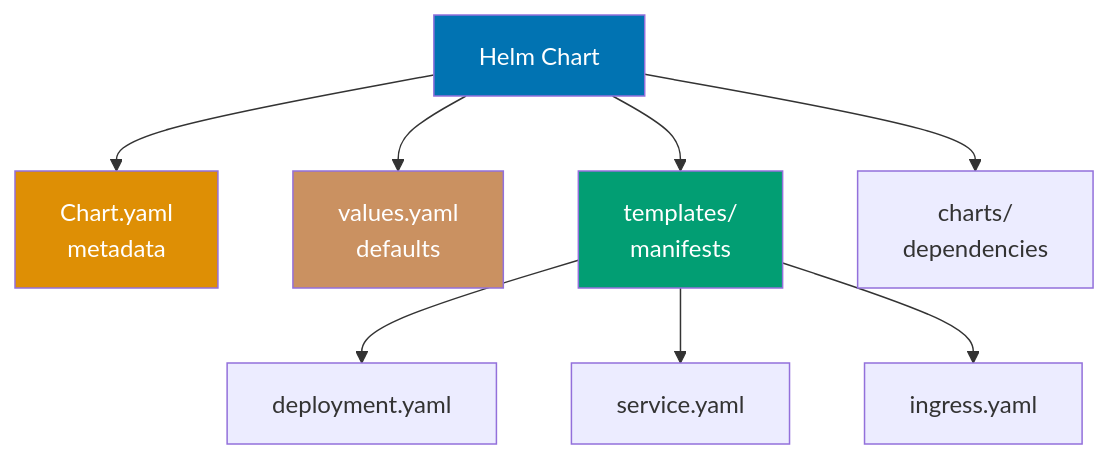
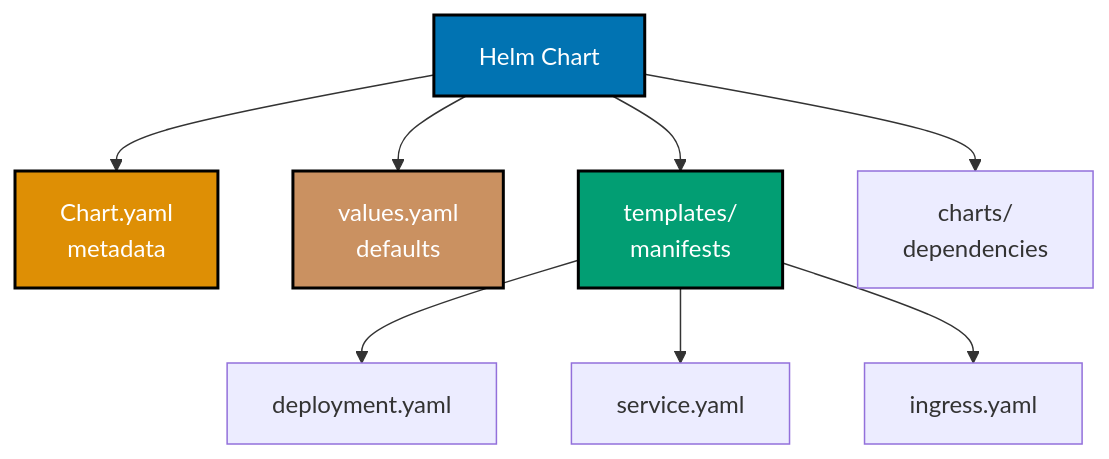
The eighth of 14 diagrams in apps/ayokoding-web/content/en/learn/software-engineering/infrastructure/tools/kubernetes/by-example/advanced.md (wahidyankf/open-sharia-enterprise), drawn with Mermaid before and after one commit. The commit also changed other lines of this file and 25 other files, not shown here.

````diff
--- a/apps/ayokoding-web/content/en/learn/software-engineering/infrastructure/tools/kubernetes/by-example/advanced.md
+++ b/apps/ayokoding-web/content/en/learn/software-engineering/infrastructure/tools/kubernetes/by-example/advanced.md
@@ -2458,16 +2465,17 @@
 ```mermaid
+%% Color Palette: Blue #0173B2, Orange #DE8F05, Teal #029E73, Purple #CC78BC, Brown #CA9161
 %% Helm chart structure
 graph TD
  A[Helm Chart] --> B[Chart.yaml<br/>metadata]
  A --> C[values.yaml<br/>defaults]
  A --> D[templates/<br/>manifests]
  D --> E[deployment.yaml]
  D --> F[service.yaml]
  D --> G[ingress.yaml]
  A --> H[charts/<br/>dependencies]
 
- style A fill:#0173B2,color:#fff
- style B fill:#DE8F05,color:#fff
- style C fill:#CA9161,color:#fff
- style D fill:#029E73,color:#fff
+ style A fill:#0173B2,stroke:#000000,stroke-width:2px,color:#fff
+ style B fill:#DE8F05,stroke:#000000,stroke-width:2px,color:#fff
+ style C fill:#CA9161,stroke:#000000,stroke-width:2px,color:#fff
+ style D fill:#029E73,stroke:#000000,stroke-width:2px,color:#fff
 ```
````
